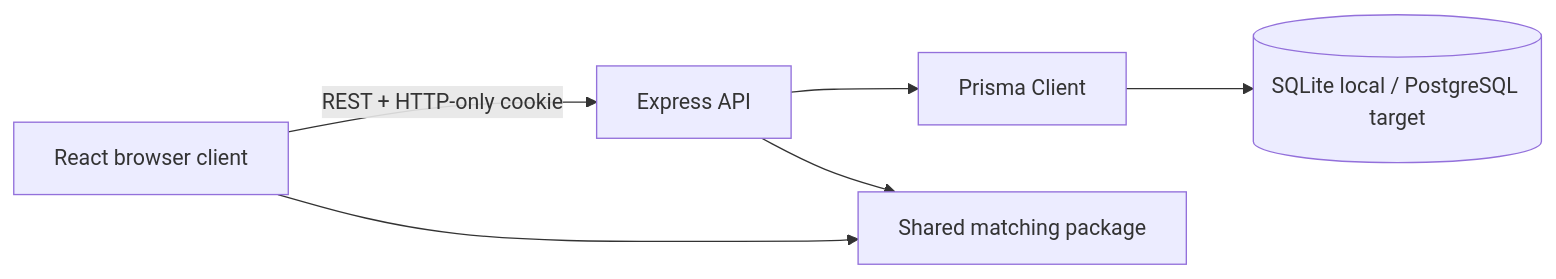
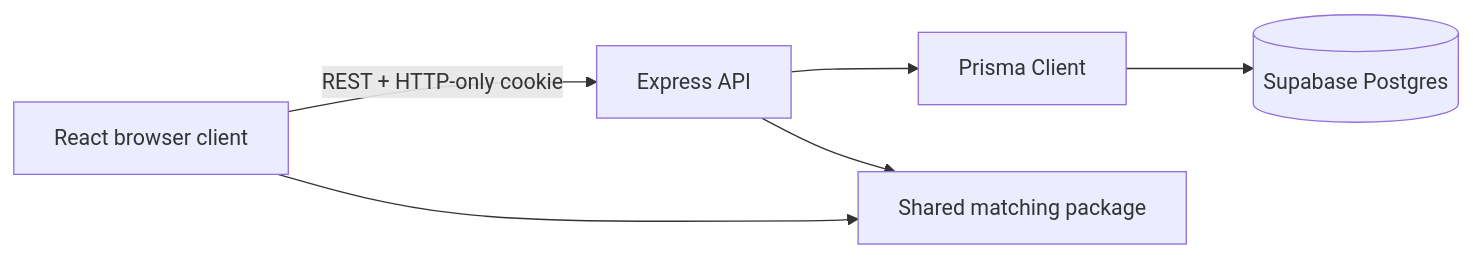
The diagram in docs/ARCHITECTURE.md (atiqahadryiana/SkillBridge-AI), drawn with Mermaid before and after one commit. The commit also changed other lines of this file and 34 other files, not shown here.

````diff
--- a/docs/ARCHITECTURE.md
+++ b/docs/ARCHITECTURE.md
@@ -7,8 +7,8 @@
 ```mermaid
 flowchart LR
   B[React browser client] -->|REST + HTTP-only cookie| E[Express API]
   E --> P[Prisma Client]
-  P --> S[(SQLite local / PostgreSQL target)]
+  P --> S[(Supabase Postgres)]
   B --> M[Shared matching package]
   E --> M
 ```
````
